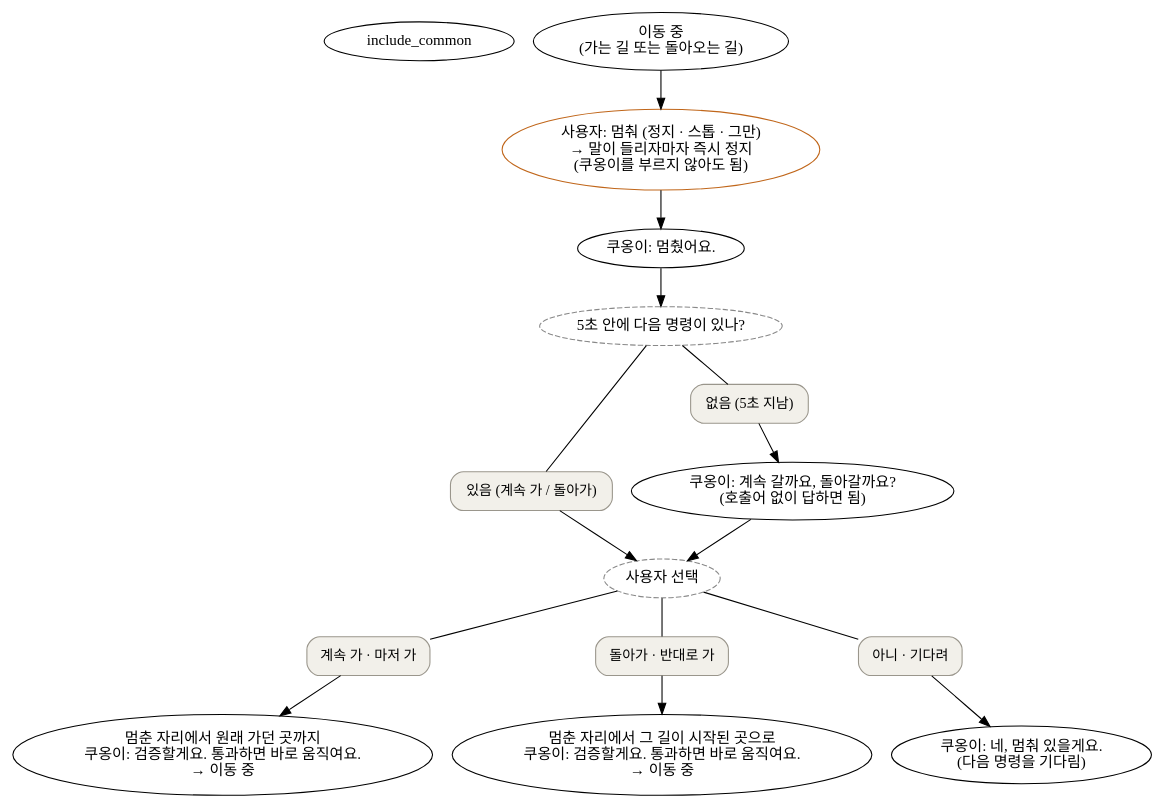
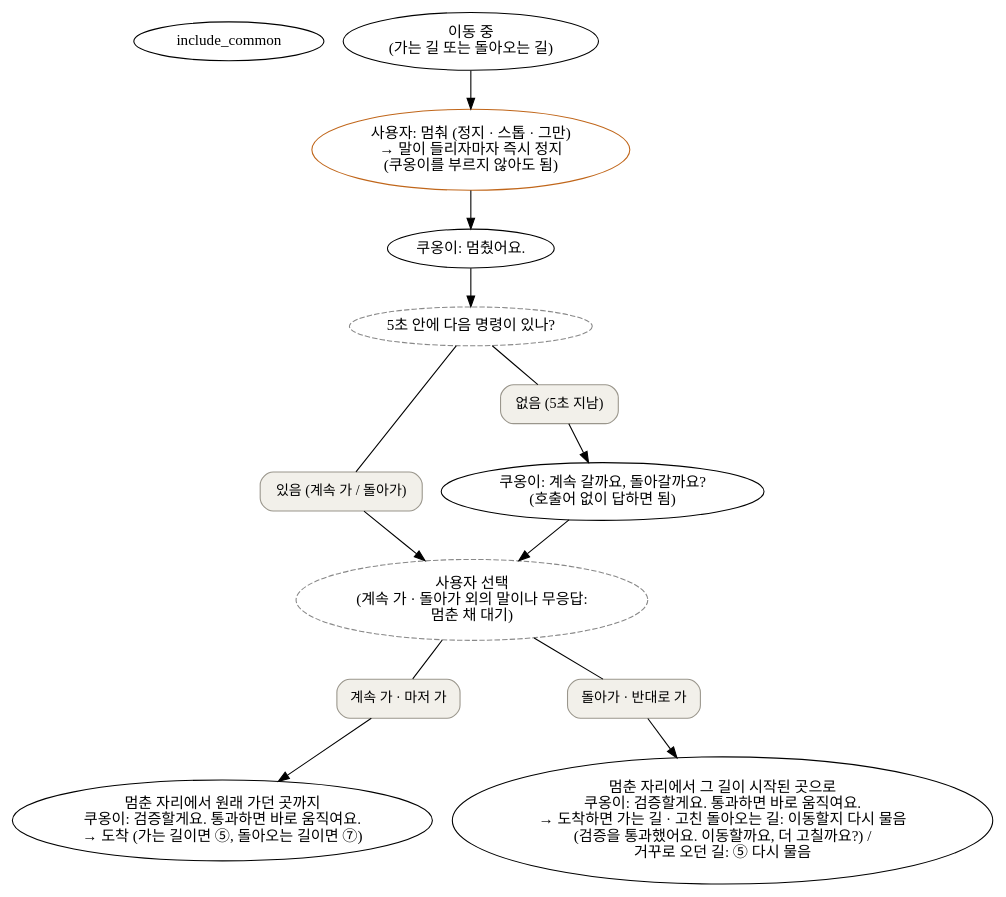
The diagram in docs/flow/flow3_stop.dot (jaemin0319/ChatKHU), drawn with Graphviz before and after one commit. The commit also changed 25 other files, not shown here.

```diff
--- a/docs/flow/flow3_stop.dot
+++ b/docs/flow/flow3_stop.dot
@@ -1,23 +1,21 @@
 digraph G {
   include_common
   moving [label="이동 중\n(가는 길 또는 돌아오는 길)"];
   stop [label="사용자: 멈춰 (정지 · 스톱 · 그만)\n→ 말이 들리자마자 즉시 정지\n(쿠옹이를 부르지 않아도 됨)", fillcolor="#FDF0E6", color="#C0661A"];
   said [label="쿠옹이: 멈췄어요."];
   wait5 [label="5초 안에 다음 명령이 있나?", style="rounded,dashed", fillcolor="white", color="#888888"];
   ask [label="쿠옹이: 계속 갈까요, 돌아갈까요?\n(호출어 없이 답하면 됨)"];
-  choose [label="사용자 선택", style="rounded,dashed", fillcolor="white", color="#888888"];
-  fwd [label="멈춘 자리에서 원래 가던 곳까지\n쿠옹이: 검증할게요. 통과하면 바로 움직여요.\n→ 이동 중"];
-  back [label="멈춘 자리에서 그 길이 시작된 곳으로\n쿠옹이: 검증할게요. 통과하면 바로 움직여요.\n→ 이동 중"];
-  stay [label="쿠옹이: 네, 멈춰 있을게요.\n(다음 명령을 기다림)"];
+  choose [label="사용자 선택\n(계속 가 · 돌아가 외의 말이나 무응답:\n멈춘 채 대기)", style="rounded,dashed", fillcolor="white", color="#888888"];
+  fwd [label="멈춘 자리에서 원래 가던 곳까지\n쿠옹이: 검증할게요. 통과하면 바로 움직여요.\n→ 도착 (가는 길이면 ⑤, 돌아오는 길이면 ⑦)"];
+  back [label="멈춘 자리에서 그 길이 시작된 곳으로\n쿠옹이: 검증할게요. 통과하면 바로 움직여요.\n→ 도착하면 가는 길 · 고친 돌아오는 길: 이동할지 다시 물음\n(검증을 통과했어요. 이동할까요, 더 고칠까요?) /\n거꾸로 오던 길: ⑤ 다시 물음"];
 
   node [shape=box, style="rounded,filled", fillcolor="#F2F0EA", color="#9A968C", fontsize=13, margin="0.15,0.06", penwidth=1];
   p_yes [label="있음 (계속 가 / 돌아가)"]; p_no [label="없음 (5초 지남)"];
-  p_f [label="계속 가 · 마저 가"]; p_b [label="돌아가 · 반대로 가"]; p_n [label="아니 · 기다려"];
+  p_f [label="계속 가 · 마저 가"]; p_b [label="돌아가 · 반대로 가"];
 
   moving -> stop -> said -> wait5;
   wait5 -> p_yes [arrowhead=none]; p_yes -> choose;
   wait5 -> p_no [arrowhead=none]; p_no -> ask -> choose;
   choose -> p_f [arrowhead=none]; p_f -> fwd;
   choose -> p_b [arrowhead=none]; p_b -> back;
-  choose -> p_n [arrowhead=none]; p_n -> stay;
 }
```
